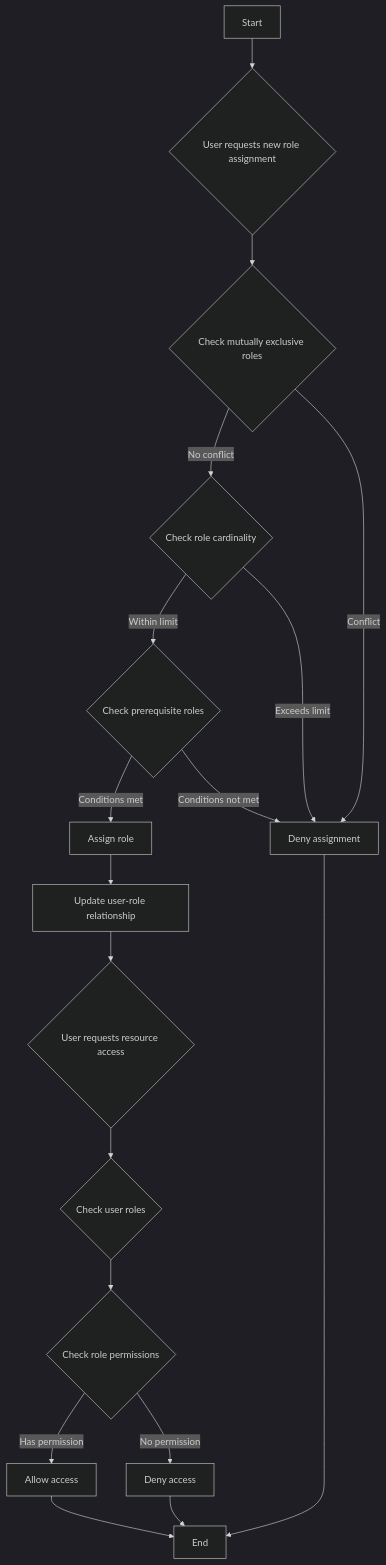
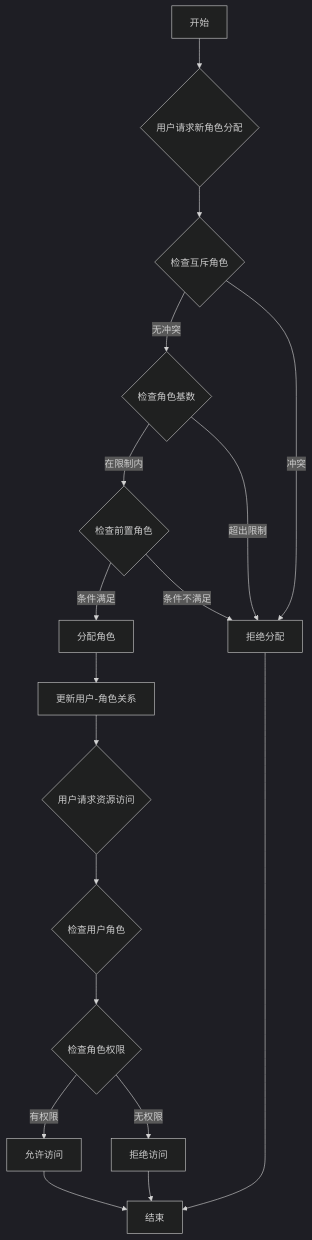
Before and after one commit to logto-io/auth-wiki: the fourth of 4 diagrams in src/content/terms/zh/rbac.mdx, drawn with Mermaid (dark theme). The commit also changed other lines of this file and 98 other files, not shown here.

````diff
--- a/src/content/terms/zh/rbac.mdx
+++ b/src/content/terms/zh/rbac.mdx
@@ -154,20 +259,20 @@
 ```mermaid
 graph TD
-    A[Start] --> B{User requests new role assignment}
-    B --> C{Check mutually exclusive roles}
-    C -->|No conflict| D{Check role cardinality}
-    C -->|Conflict| M[Deny assignment]
-    D -->|Within limit| E{Check prerequisite roles}
-    D -->|Exceeds limit| M
-    E -->|Conditions met| F[Assign role]
-    E -->|Conditions not met| M
-    F --> G[Update user-role relationship]
-    G --> H{User requests resource access}
-    H --> I{Check user roles}
-    I --> J{Check role permissions}
-    J -->|Has permission| K[Allow access]
-    J -->|No permission| L[Deny access]
-    K --> N[End]
+    A[开始] --> B{用户请求新角色分配}
+    B --> C{检查互斥角色}
+    C -->|无冲突| D{检查角色基数}
+    C -->|冲突| M[拒绝分配]
+    D -->|在限制内| E{检查前置角色}
+    D -->|超出限制| M
+    E -->|条件满足| F[分配角色]
+    E -->|条件不满足| M
+    F --> G[更新用户-角色关系]
+    G --> H{用户请求资源访问}
+    H --> I{检查用户角色}
+    I --> J{检查角色权限}
+    J -->|有权限| K[允许访问]
+    J -->|无权限| L[拒绝访问]
+    K --> N[结束]
     L --> N
     M --> N
 ```
````
